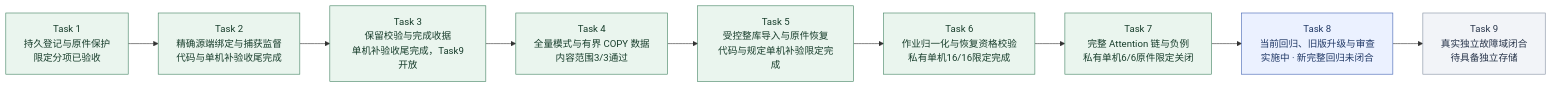
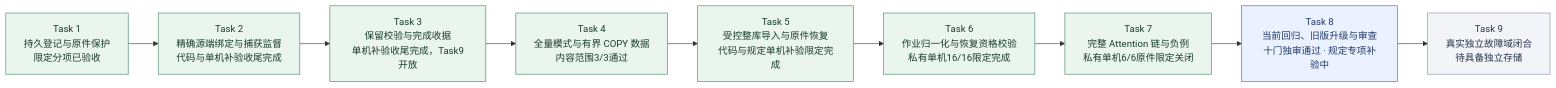
One commit to MansurnamedZhang/learning-system-p0c4 changed the second of 9 diagrams in docs/KnowWeave实施路线与系统架构.md. Above: the diagram before and after it, drawn with Mermaid. The commit also changed other lines of this file and 7 other files, not shown here.

````diff
--- a/docs/KnowWeave实施路线与系统架构.md
+++ b/docs/KnowWeave实施路线与系统架构.md
@@ -81,26 +81,26 @@
 ```mermaid
 flowchart LR
     C4T1["Task 1<br/>持久登记与原件保护<br/>限定分项已验收"]
     C4T2["Task 2<br/>精确源端绑定与捕获监督<br/>代码与单机补验收尾完成"]
     C4T3["Task 3<br/>保留校验与完成收据<br/>单机补验收尾完成，Task9开放"]
     C4T4["Task 4<br/>全量模式与有界 COPY 数据<br/>内容范围3/3通过"]
     C4T5["Task 5<br/>受控整库导入与原件恢复<br/>代码与规定单机补验限定完成"]
     C4T6["Task 6<br/>作业归一化与恢复资格校验<br/>私有单机16/16限定完成"]
     C4T7["Task 7<br/>完整 Attention 链与负例<br/>私有单机6/6原件限定关闭"]
-    C4T8["Task 8<br/>当前回归、旧版升级与审查<br/>实施中 · 新完整回归未闭合"]
+    C4T8["Task 8<br/>当前回归、旧版升级与审查<br/>十门独审通过 · 规定专项补验中"]
     C4T9["Task 9<br/>真实独立故障域闭合<br/>待具备独立存储"]
     C4T1 --> C4T2
     C4T2 --> C4T3
     C4T3 --> C4T4
     C4T4 --> C4T5
     C4T5 --> C4T6
     C4T6 --> C4T7
     C4T7 --> C4T8
     C4T8 --> C4T9
     class C4T1,C4T2,C4T3,C4T4,C4T5,C4T6,C4T7 done
     class C4T8 next
     class C4T9 planned
     classDef done fill:#eaf5ee,stroke:#438363,color:#173d2b
     classDef next fill:#ebf1ff,stroke:#4365b4,color:#203866
     classDef planned fill:#f2f4f8,stroke:#8591a3,color:#28354b
 ```
````
